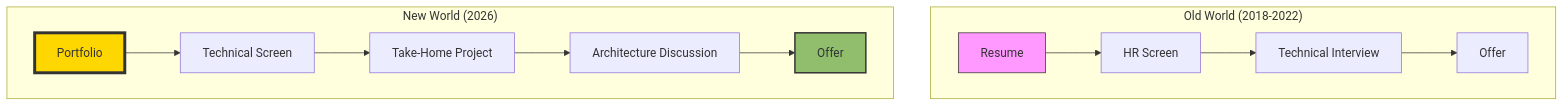
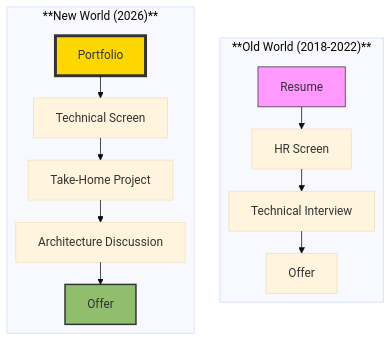
The first of 5 diagrams in The 2026 AI Metromap/The 2026 AI Metromap: From Passenger to Driver.md (Vineet-Sharma-Medium-Stories/Medium-Build-Tool), drawn with Mermaid before and after one commit. The commit also changed other lines of this file and 37 other files, not shown here.

````diff
--- a/The 2026 AI Metromap/The 2026 AI Metromap: From Passenger to Driver.md
+++ b/The 2026 AI Metromap/The 2026 AI Metromap: From Passenger to Driver.md
@@ -60,19 +60,24 @@
 ```mermaid
+---
+config:
+  theme: base
+  layout: elk
+---
 graph TD
-    subgraph "Old World (2018-2022)"
+    subgraph "**Old World (2018-2022)**"
         R1[Resume] --> H1[HR Screen]
         H1 --> I1[Technical Interview]
         I1 --> O1[Offer]
     end
     
-    subgraph "New World (2026)"
+    subgraph "**New World (2026)**"
         P2[Portfolio] --> H2[Technical Screen]
         H2 --> T2[Take-Home Project]
         T2 --> I2[Architecture Discussion]
         I2 --> O2[Offer]
     end
     
     style R1 fill:#f9f,stroke:#333,stroke-width:1px
     style P2 fill:#ffd700,stroke:#333,stroke-width:4px
     style O2 fill:#90be6d,stroke:#333,stroke-width:2px
 ```
````
